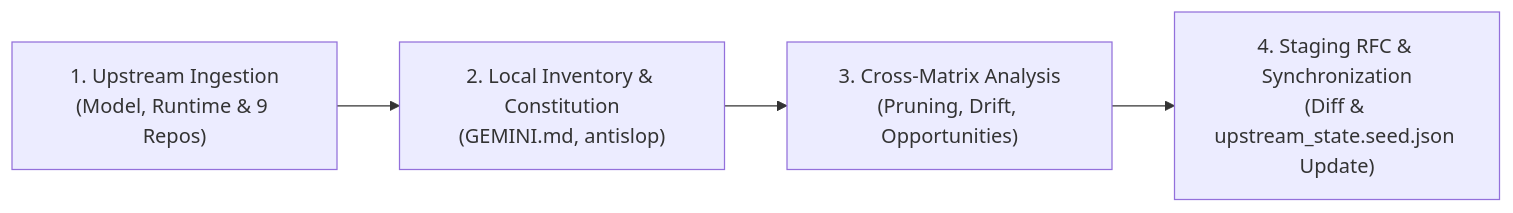
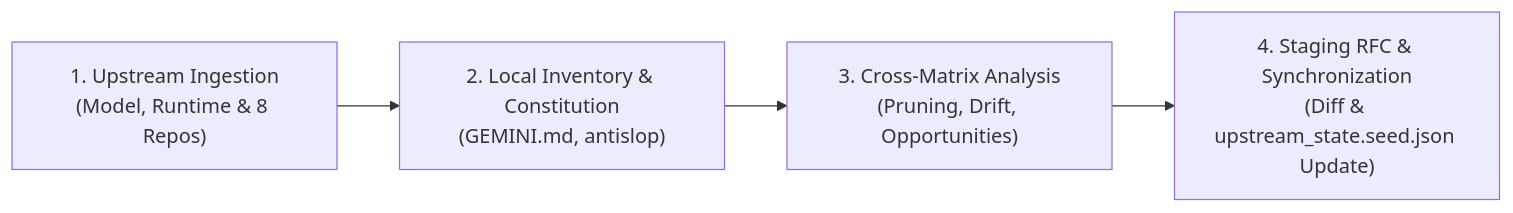
One commit to hadbilen/antigravity-harness changed the diagram in skills/upstream-auditor/SKILL.md. Above: the diagram before and after it, drawn with Mermaid. The commit also changed other lines of this file and 92 other files, not shown here.

````diff
--- a/skills/upstream-auditor/SKILL.md
+++ b/skills/upstream-auditor/SKILL.md
@@ -49,6 +49,6 @@
 ```mermaid
 flowchart LR
-    P1["1. Upstream Ingestion<br/>(Model, Runtime & 9 Repos)"] --> P2["2. Local Inventory & Constitution<br/>(GEMINI.md, antislop)"]
+    P1["1. Upstream Ingestion<br/>(Model, Runtime & 8 Repos)"] --> P2["2. Local Inventory & Constitution<br/>(GEMINI.md, antislop)"]
     P2 --> P3["3. Cross-Matrix Analysis<br/>(Pruning, Drift, Opportunities)"]
     P3 --> P4["4. Staging RFC & Synchronization<br/>(Diff & upstream_state.seed.json Update)"]
 ```
````
